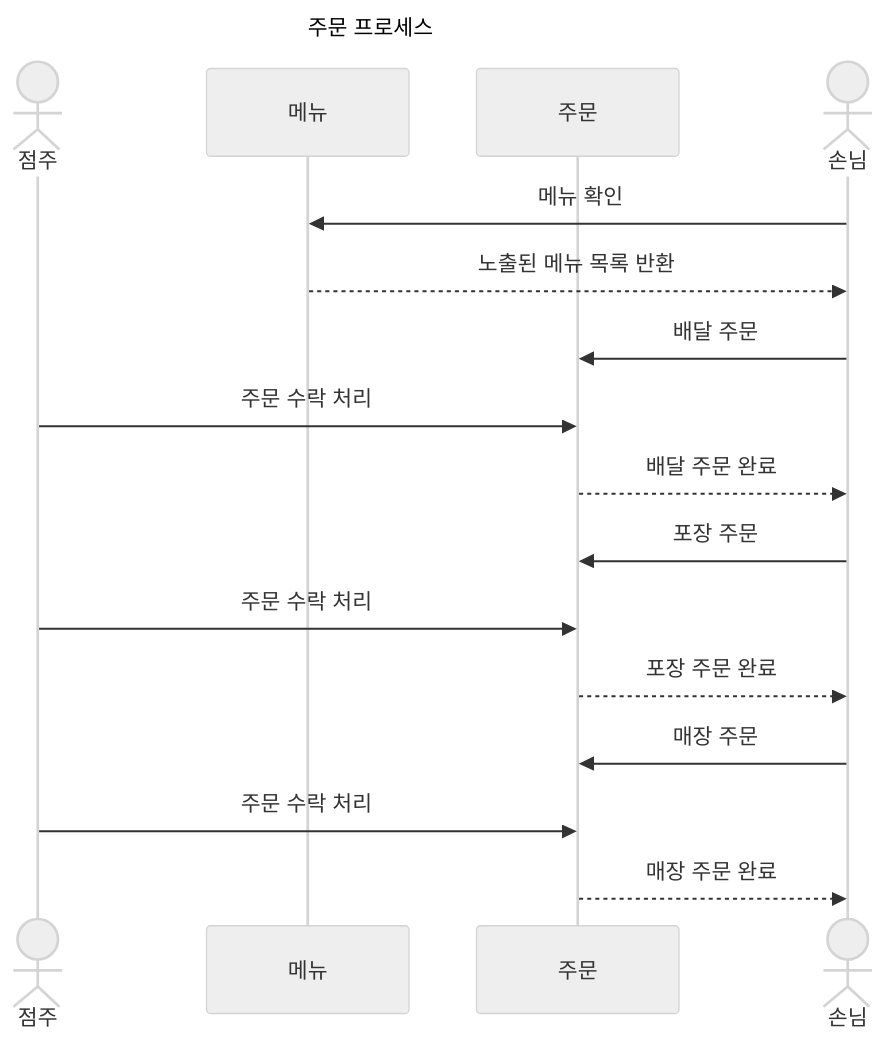
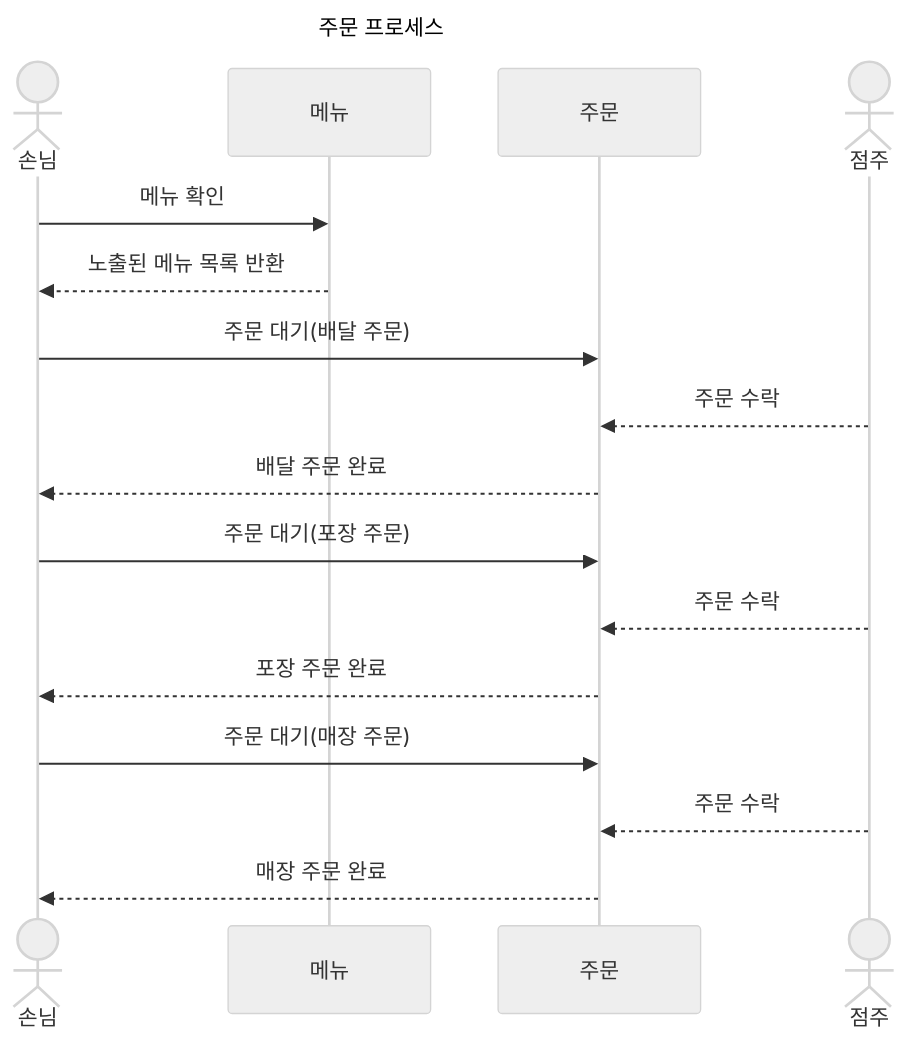
The second of 6 diagrams in README.md (next-step/ddd-strategic-design), drawn with Mermaid (neutral theme) before and after one commit. The commit also changed other lines of this file, not shown here.

Commit message:
docs: 주문 다이어그램 변경

````diff
--- a/README.md
+++ b/README.md
@@ -298,24 +298,24 @@
 ```mermaid
 %% Sequence Diagram: 주문 프로세스
 sequenceDiagram
     title 주문 프로세스
-    actor 점주 as 점주
+    actor 손님 as 손님
     participant 메뉴
     participant 주문
-    actor 손님 as 손님
+    actor 점주 as 점주
 
     손님->>메뉴: 메뉴 확인
     메뉴-->>손님: 노출된 메뉴 목록 반환
 
-    손님->>주문: 배달 주문
-    점주->>주문: 주문 수락 처리
+    손님->>주문: 주문 대기(배달 주문)
+    점주-->>주문: 주문 수락
     주문-->>손님: 배달 주문 완료
 
-    손님->>주문: 포장 주문
-    점주->>주문: 주문 수락 처리
+    손님->>주문: 주문 대기(포장 주문)
+    점주-->>주문: 주문 수락
     주문-->>손님: 포장 주문 완료
 
-    손님->>주문: 매장 주문
-    점주->>주문: 주문 수락 처리
+    손님->>주문: 주문 대기(매장 주문)
+    점주-->>주문: 주문 수락
     주문-->>손님: 매장 주문 완료
 ```
````
